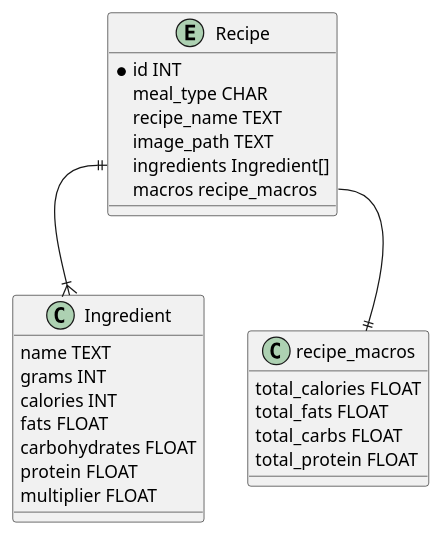
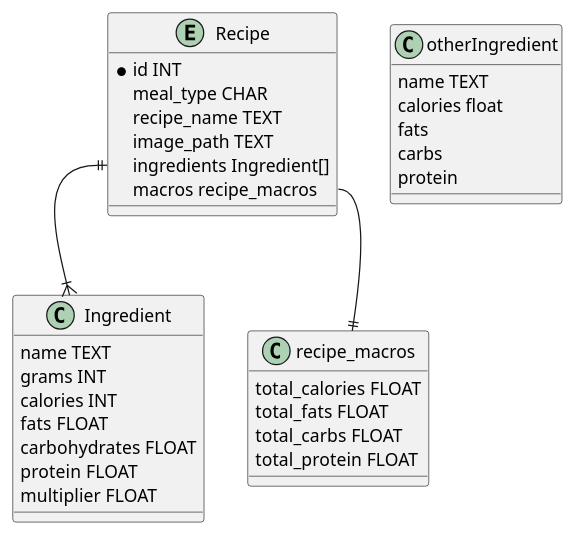
The second of 4 diagrams in Recipe.puml (LegendsAndreas/kitchen-app), drawn with PlantUML before and after one commit. The commit also changed 38 other files, not shown here.

```diff
--- a/Recipe.puml
+++ b/Recipe.puml
@@ -33,31 +33,39 @@
 @startuml
 'DB Diagram
 entity Recipe {
     * id INT
     meal_type CHAR
     recipe_name TEXT
     image_path TEXT
     ingredients Ingredient[]
     macros recipe_macros
 }
 
 class Ingredient {
     name TEXT
     grams INT
     calories INT
     fats FLOAT
     carbohydrates FLOAT
     protein FLOAT
     multiplier FLOAT
 }
 
 class recipe_macros {
     total_calories FLOAT
     total_fats FLOAT
     total_carbs FLOAT
     total_protein FLOAT
 }
 
+class otherIngredient{
+    name TEXT
+    calories float
+    fats
+    carbs
+    protein
+}
+
 Recipe::ingredient ||--|{ Ingredient
 Recipe::macros --|| recipe_macros
 @enduml
```
